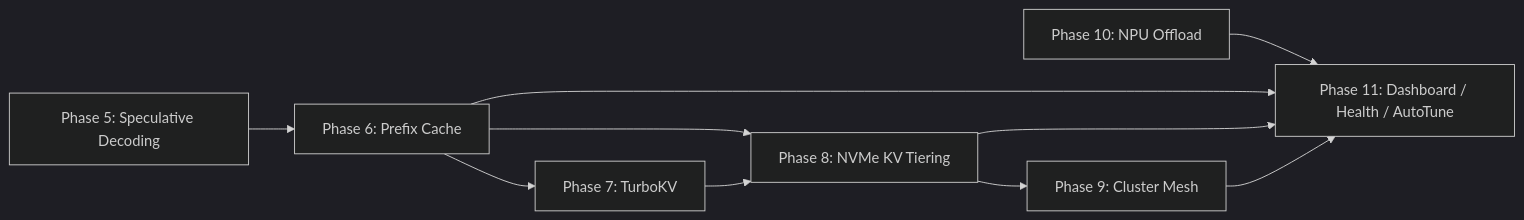
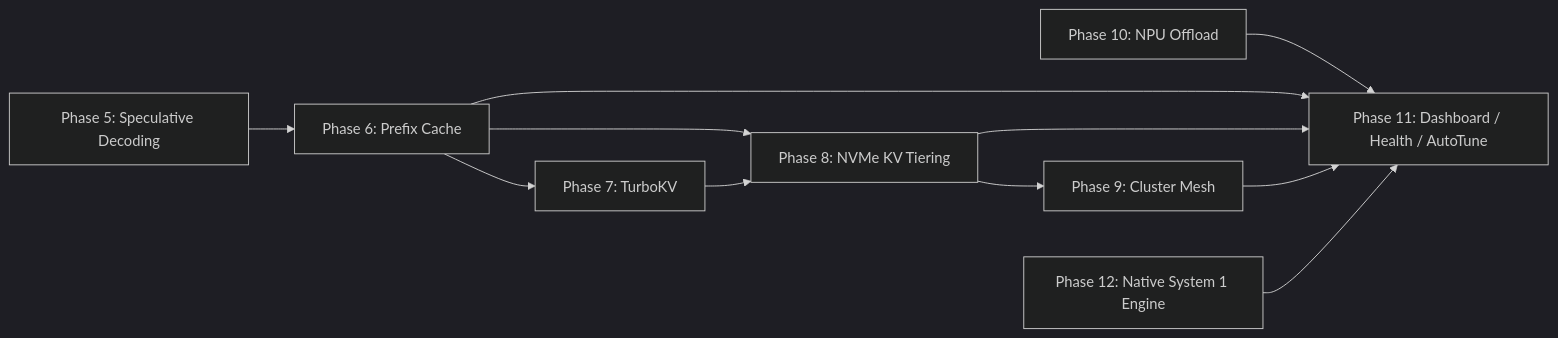
Before and after one commit to rudy-07/InferenceOS: the diagram in docs/developer/implementation_plan.md, drawn with Mermaid (dark theme). The commit also changed other lines of this file and 41 other files, not shown here.

First line of the commit message:
feat: release v1.1.0 - System 1 reflex engine, Kahneman hybrid symbiosis, and next-gen TUI revamp

````diff
--- a/docs/developer/implementation_plan.md
+++ b/docs/developer/implementation_plan.md
@@ -730,12 +757,13 @@
 ```mermaid
 graph LR
     P5[Phase 5: Speculative Decoding] --> P6
     P6[Phase 6: Prefix Cache] --> P7
     P6 --> P8[Phase 8: NVMe KV Tiering]
     P7[Phase 7: TurboKV] --> P8
     P8 --> P9[Phase 9: Cluster Mesh]
     P10[Phase 10: NPU Offload] --> P11
     P6 --> P11[Phase 11: Dashboard / Health / AutoTune]
     P8 --> P11
     P9 --> P11
+    P12[Phase 12: Native System 1 Engine] --> P11
 ```
````
